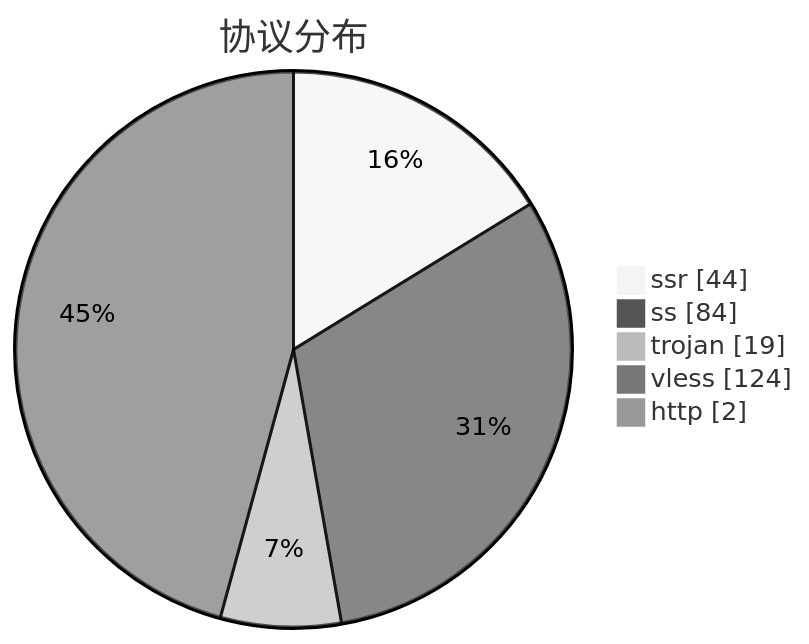
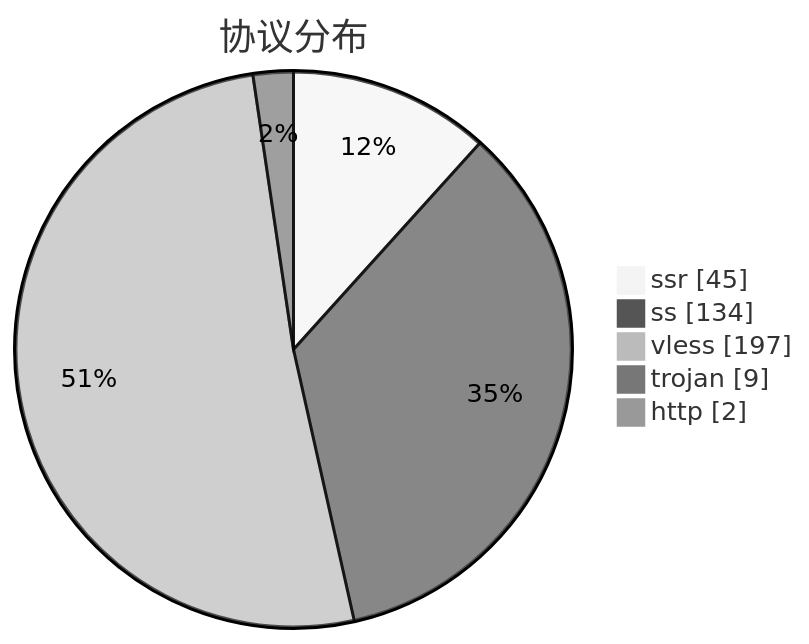
One commit to qjlxg/airport changed the third of 3 diagrams in subs/statistics/tested_within.md. Above: the diagram before and after it, drawn with Mermaid (neutral theme). The commit also changed other lines of this file and 2 other files, not shown here.

````diff
--- a/subs/statistics/tested_within.md
+++ b/subs/statistics/tested_within.md
@@ -17,9 +19,9 @@
 ```mermaid
 pie showData
 title 协议分布
-"ssr" : 44
-"ss" : 84
-"trojan" : 19
-"vless" : 124
+"ssr" : 45
+"ss" : 134
+"vless" : 197
+"trojan" : 9
 "http" : 2
 ```
````
